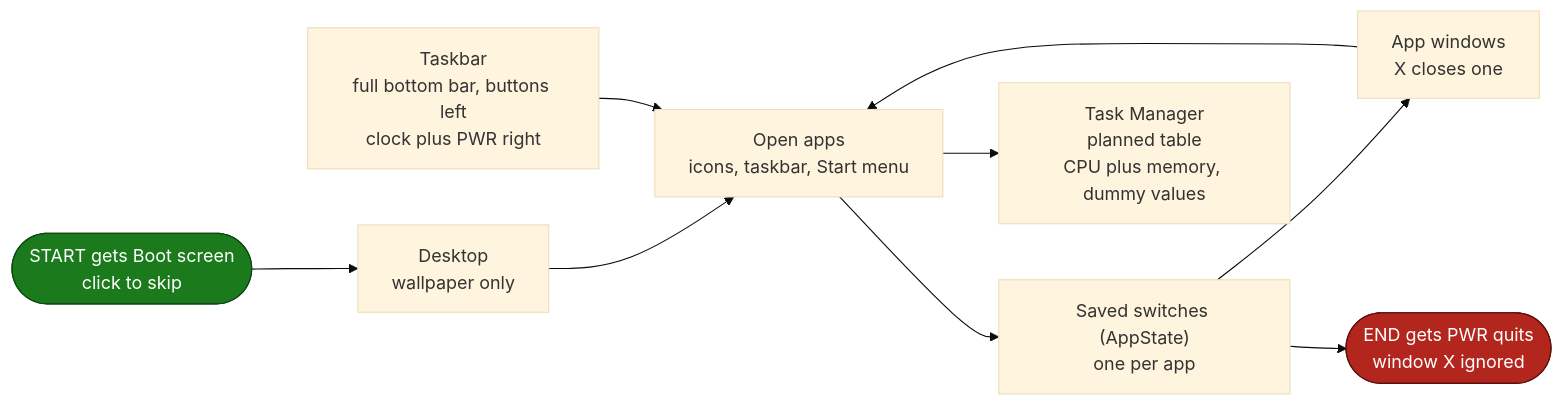
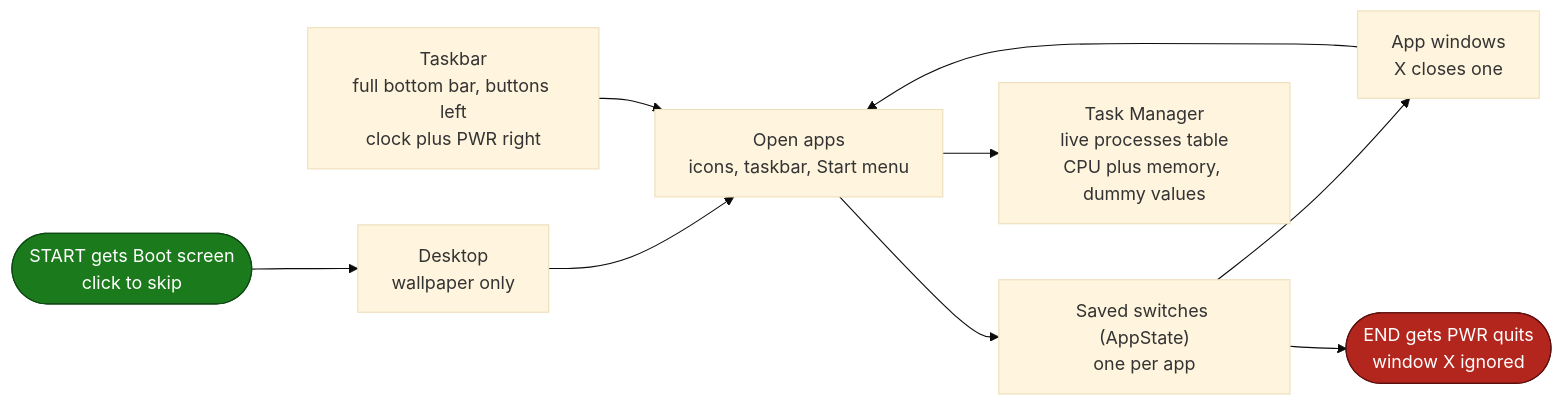
Before and after one commit to mbchavez27/desktop-style-mockup: the first of 2 diagrams in docs/architecture.md, drawn with Mermaid (base theme). The commit also changed other lines of this file and 4 other files, not shown here.

Commit message:
docs(architecture): reflect shipped Task Manager window

````diff
--- a/docs/architecture.md
+++ b/docs/architecture.md
@@ -15,13 +15,13 @@
 ```mermaid
 flowchart LR
     Boot([START gets Boot screen<br/>click to skip]) --> Desk["Desktop<br/>wallpaper only"]
     Desk --> Launch["Open apps<br/>icons, taskbar, Start menu"]
     Launch --> State["Saved switches (AppState)<br/>one per app"]
     State --> Apps["App windows<br/>X closes one"]
     Apps --> Launch
-    Launch --> Mgr["Task Manager<br/>planned table<br/>CPU plus memory, dummy values"]
+    Launch --> Mgr["Task Manager<br/>live processes table<br/>CPU plus memory, dummy values"]
     Bar["Taskbar<br/>full bottom bar, buttons left<br/>clock plus PWR right"] --> Launch
     State --> Off([END gets PWR quits<br/>window X ignored])
     style Boot fill:#1B7A1B,color:#FFFFFF,stroke:#0D4713
     style Off fill:#B3261E,color:#FFFFFF,stroke:#5C0F0C
 ```
````
